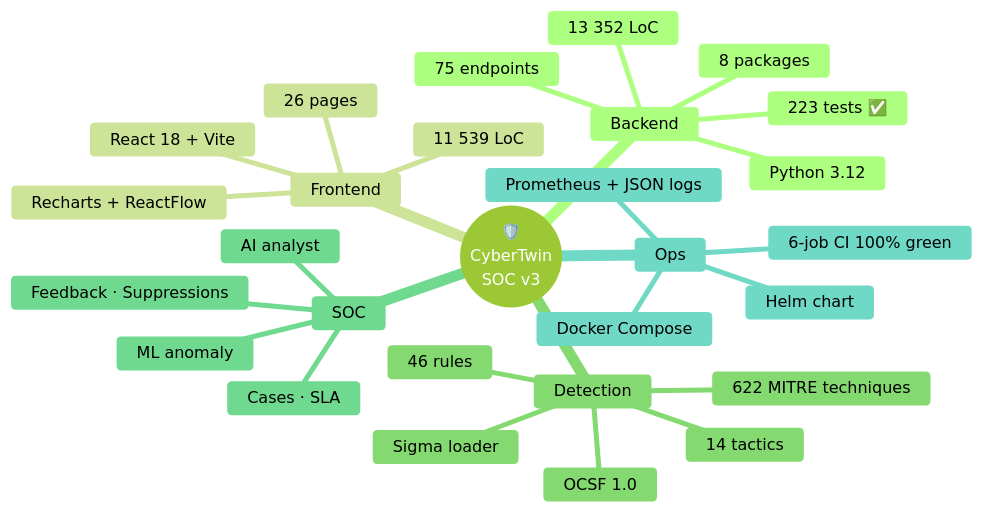
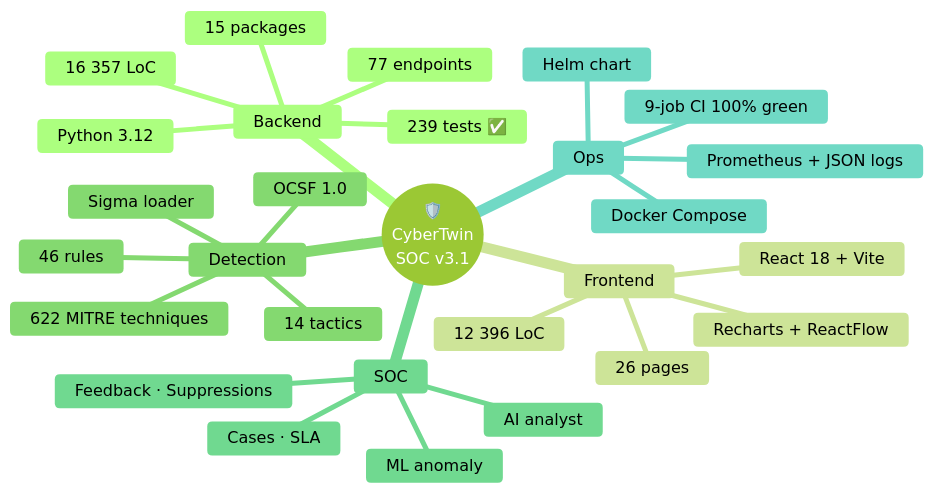
Before and after one commit to omarbabba779xx/CyberTwin-SOC: the third of 18 diagrams in README.md, drawn with Mermaid (forest theme). The commit also changed other lines of this file and 2 other files, not shown here.

````diff
--- a/README.md
+++ b/README.md
@@ -90,31 +191,31 @@
 ```mermaid
 mindmap
-  root(("🛡️<br/>CyberTwin<br/>SOC v3"))
+  root(("🛡️<br/>CyberTwin<br/>SOC v3.1"))
     Backend
       Python 3.12
-      13 352 LoC
-      8 packages
-      75 endpoints
-      223 tests ✅
+      16 357 LoC
+      15 packages
+      77 endpoints
+      239 tests ✅
     Frontend
       React 18 + Vite
-      11 539 LoC
+      12 396 LoC
       26 pages
       Recharts + ReactFlow
     Detection
       46 rules
       Sigma loader
       622 MITRE techniques
       14 tactics
       OCSF 1.0
     SOC
       Cases · SLA
       Feedback · Suppressions
       AI analyst
       ML anomaly
     Ops
       Docker Compose
       Helm chart
       Prometheus + JSON logs
-      6-job CI 100% green
+      9-job CI 100% green
 ```
````
